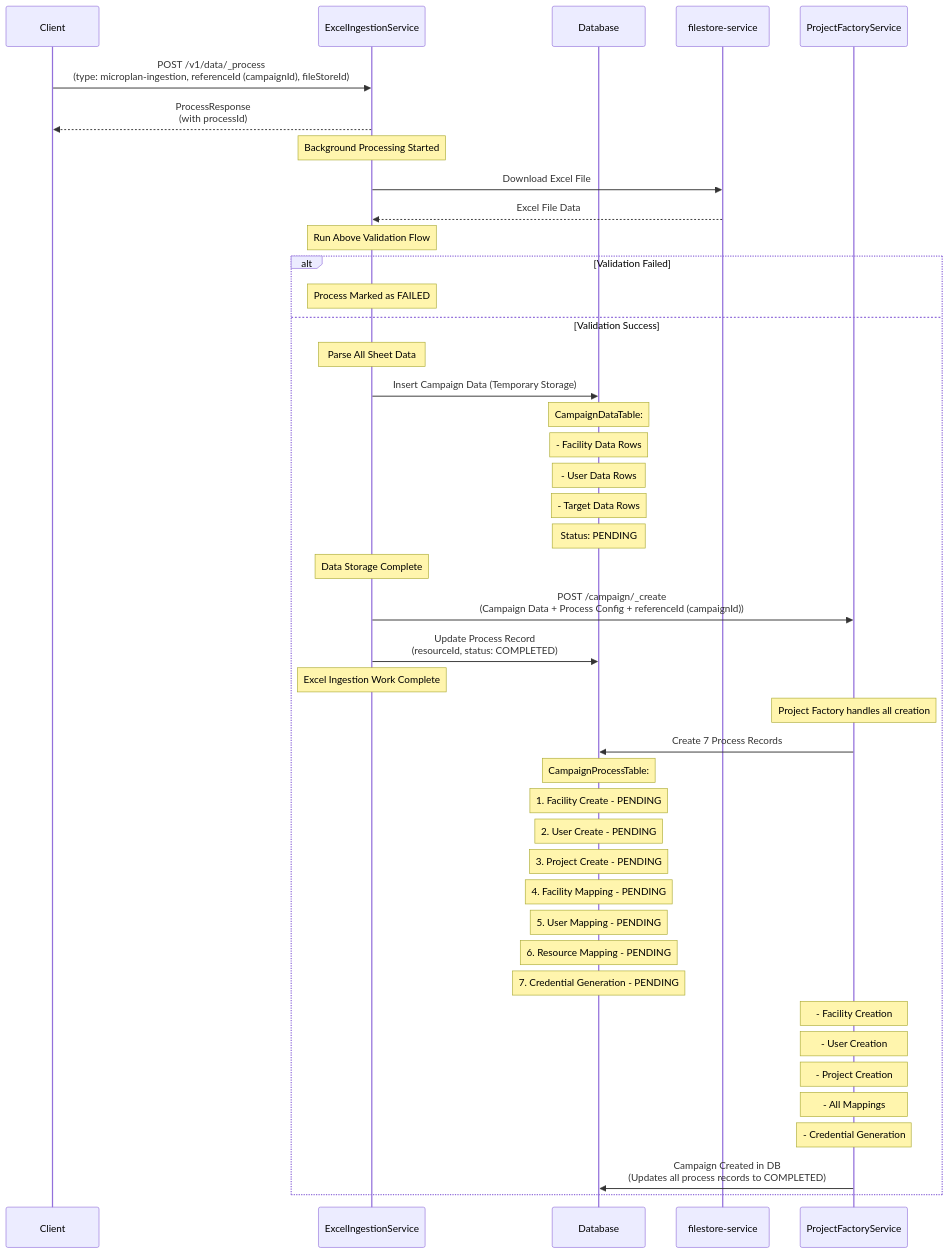
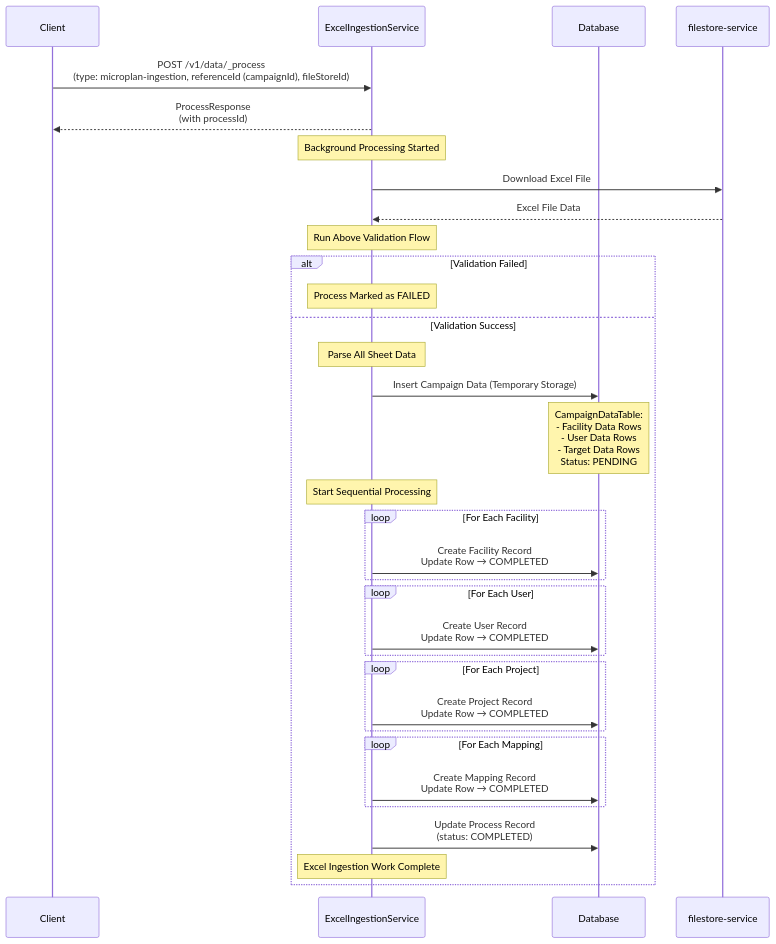
One commit to ashish-egov/campaign-whole-sheet-ingestion changed the third of 5 diagrams in DESIGN.md. Above: the diagram before and after it, drawn with Mermaid.

````diff
--- a/DESIGN.md
+++ b/DESIGN.md
@@ -89,58 +89,45 @@
 ```mermaid
 sequenceDiagram
     participant Client
     participant ExcelIngestionService
     participant Database
     participant filestore-service
-    participant ProjectFactoryService
-    
+
     Client->>ExcelIngestionService: POST /v1/data/_process<br/>(type: microplan-ingestion, referenceId (campaignId), fileStoreId)
-    
     ExcelIngestionService-->>Client: ProcessResponse<br/>(with processId)
-    
     Note over ExcelIngestionService: Background Processing Started
-    
+
     ExcelIngestionService->>filestore-service: Download Excel File
     filestore-service-->>ExcelIngestionService: Excel File Data
-    
+
     Note over ExcelIngestionService: Run Above Validation Flow
-    
+
     alt Validation Failed
         Note over ExcelIngestionService: Process Marked as FAILED
     else Validation Success
-    
         Note over ExcelIngestionService: Parse All Sheet Data
-        
         ExcelIngestionService->>Database: Insert Campaign Data (Temporary Storage)
-        Note over Database: CampaignDataTable:
-        Note over Database: - Facility Data Rows
-        Note over Database: - User Data Rows  
-        Note over Database: - Target Data Rows
-        Note over Database: Status: PENDING
-        
-        Note over ExcelIngestionService: Data Storage Complete
-        ExcelIngestionService->>ProjectFactoryService: POST /campaign/_create<br/>(Campaign Data + Process Config + referenceId (campaignId))
-        ExcelIngestionService->>Database: Update Process Record<br/>(resourceId, status: COMPLETED)
-        
+        Note over Database: CampaignDataTable:<br/>- Facility Data Rows<br/>- User Data Rows<br/>- Target Data Rows<br/>Status: PENDING
+
+        Note over ExcelIngestionService: Start Sequential Processing
+
+        loop For Each Facility
+            ExcelIngestionService->>Database: Create Facility Record<br/>Update Row → COMPLETED
+        end
+
+        loop For Each User
+            ExcelIngestionService->>Database: Create User Record<br/>Update Row → COMPLETED
+        end
+
+        loop For Each Project
+            ExcelIngestionService->>Database: Create Project Record<br/>Update Row → COMPLETED
+        end
+
+        loop For Each Mapping
+            ExcelIngestionService->>Database: Create Mapping Record<br/>Update Row → COMPLETED
+        end
+
+        ExcelIngestionService->>Database: Update Process Record<br/>(status: COMPLETED)
         Note over ExcelIngestionService: Excel Ingestion Work Complete
-        
-        Note over ProjectFactoryService: Project Factory handles all creation
-        ProjectFactoryService->>Database: Create 7 Process Records
-        Note over Database: CampaignProcessTable:
-        Note over Database: 1. Facility Create - PENDING
-        Note over Database: 2. User Create - PENDING
-        Note over Database: 3. Project Create - PENDING
-        Note over Database: 4. Facility Mapping - PENDING
-        Note over Database: 5. User Mapping - PENDING
-        Note over Database: 6. Resource Mapping - PENDING
-        Note over Database: 7. Credential Generation - PENDING
-        
-        Note over ProjectFactoryService: - Facility Creation
-        Note over ProjectFactoryService: - User Creation  
-        Note over ProjectFactoryService: - Project Creation
-        Note over ProjectFactoryService: - All Mappings
-        Note over ProjectFactoryService: - Credential Generation
-        
-        ProjectFactoryService->>Database: Campaign Created in DB<br/>(Updates all process records to COMPLETED)
     end
 ```
````
